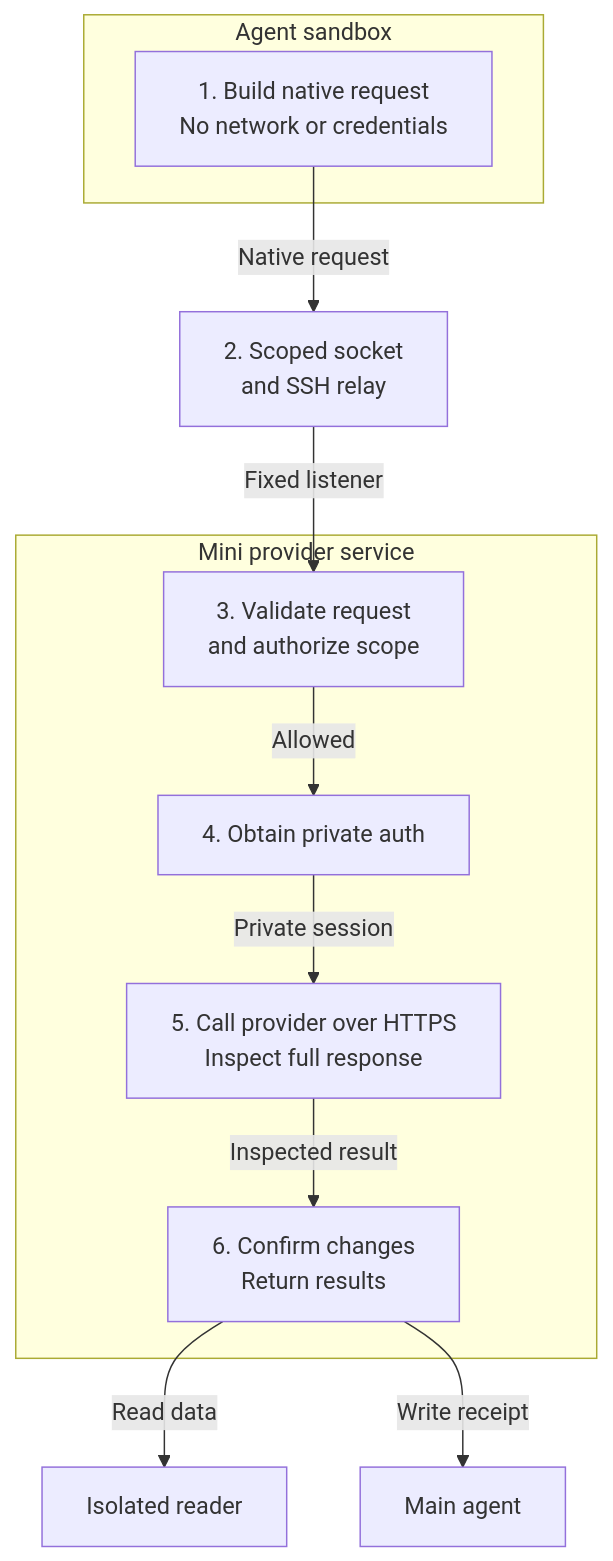
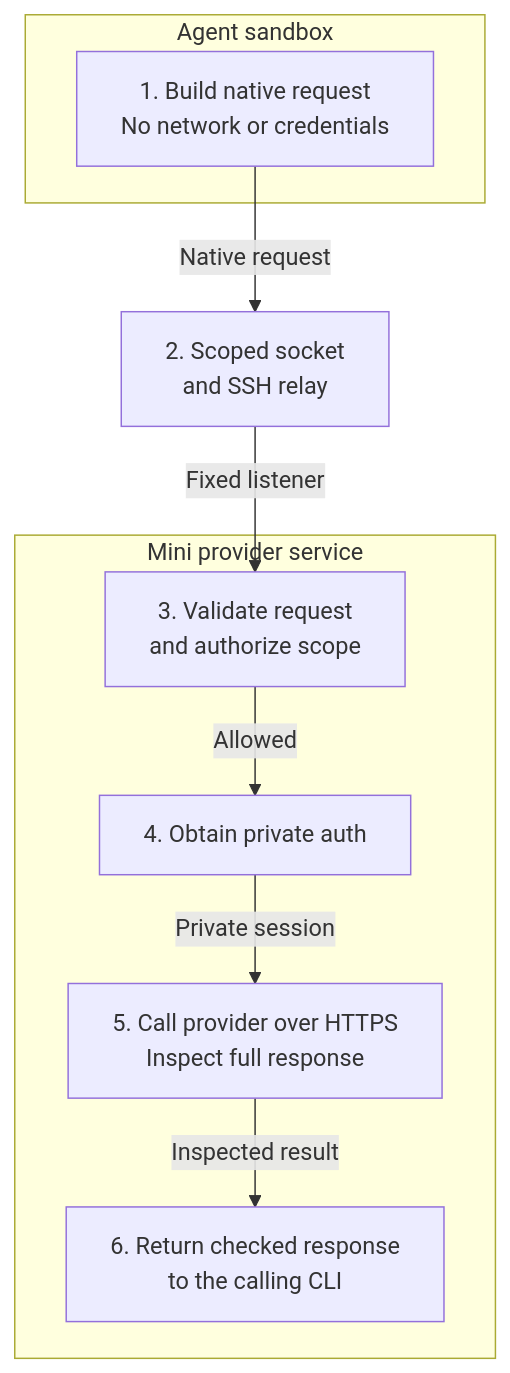
The first of 2 diagrams in docs/plans/031-rocket-money-integration.md (coletaylor788/puddles), drawn with Mermaid before and after one commit. The commit also changed other lines of this file, not shown here.

Commit message:
docs: separate gateway responses from agent orchestration

````diff
--- a/docs/plans/031-rocket-money-integration.md
+++ b/docs/plans/031-rocket-money-integration.md
@@ -13,22 +13,18 @@
 ```mermaid
 flowchart TB
     subgraph Sandbox["Agent sandbox"]
         CLI["1. Build native request<br/>No network or credentials"]
     end
     Bridge["2. Scoped socket<br/>and SSH relay"]
     subgraph Mini["Mini provider service"]
         Validate["3. Validate request<br/>and authorize scope"]
         Auth["4. Obtain private auth"]
         Execute["5. Call provider over HTTPS<br/>Inspect full response"]
-        Release["6. Confirm changes<br/>Return results"]
+        Release["6. Return checked response<br/>to the calling CLI"]
     end
-    Reader["Isolated reader"]
-    Main["Main agent"]
     CLI -->|"Native request"| Bridge
     Bridge -->|"Fixed listener"| Validate
     Validate -->|"Allowed"| Auth
     Auth -->|"Private session"| Execute
     Execute -->|"Inspected result"| Release
-    Release -->|"Read data"| Reader
-    Release -->|"Write receipt"| Main
 ```
````
